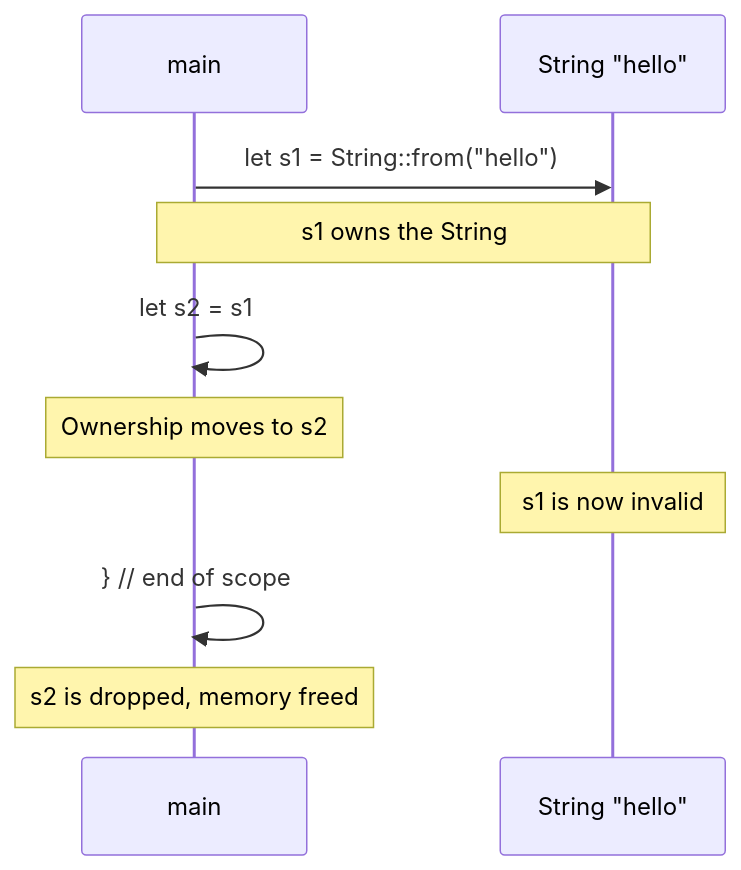
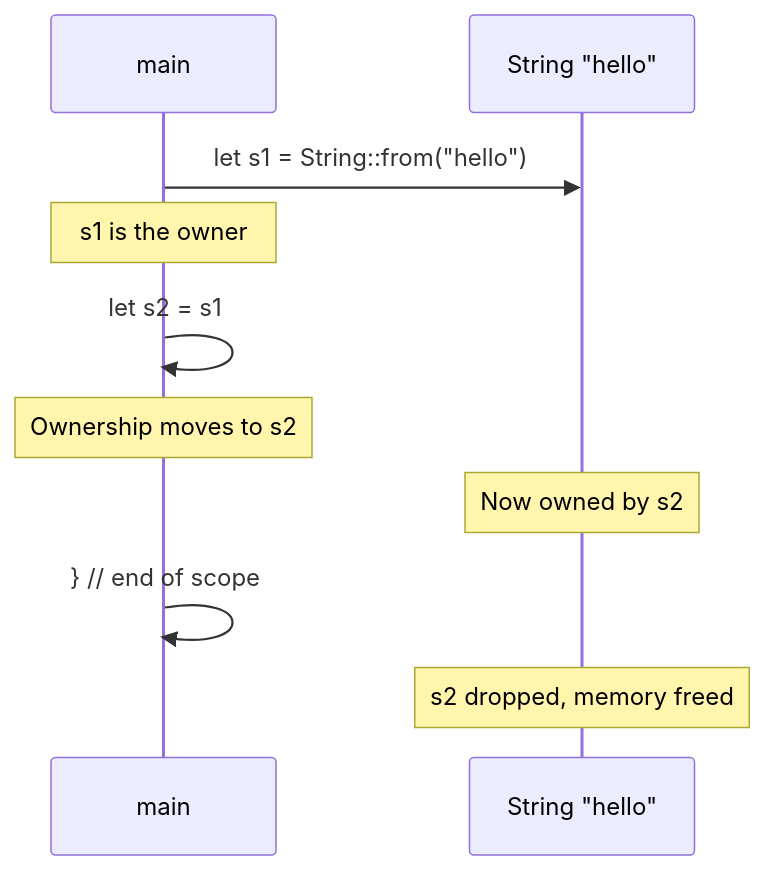
One commit to MichaelTien8901/rust-guide-tutorial changed diagram 12 of 14 in part2/03-ownership.md. Above: the diagram before and after it, drawn with Mermaid. The commit also changed other lines of this file and 2 other files, not shown here.

````diff
--- a/part2/03-ownership.md
+++ b/part2/03-ownership.md
@@ -237,15 +423,15 @@
 ```mermaid
 sequenceDiagram
     participant main
-    participant s1 as String "hello"
+    participant String as String "hello"
 
-    main->>s1: let s1 = String::from("hello")
-    Note over main,s1: s1 owns the String
+    main->>String: let s1 = String::from("hello")
+    Note over main: s1 is the owner
 
     main->>main: let s2 = s1
     Note over main: Ownership moves to s2
-    Note over s1: s1 is now invalid
+    Note over String: Now owned by s2
 
     main->>main: } // end of scope
-    Note over main: s2 is dropped, memory freed
+    Note over String: s2 dropped, memory freed
 ```
````
